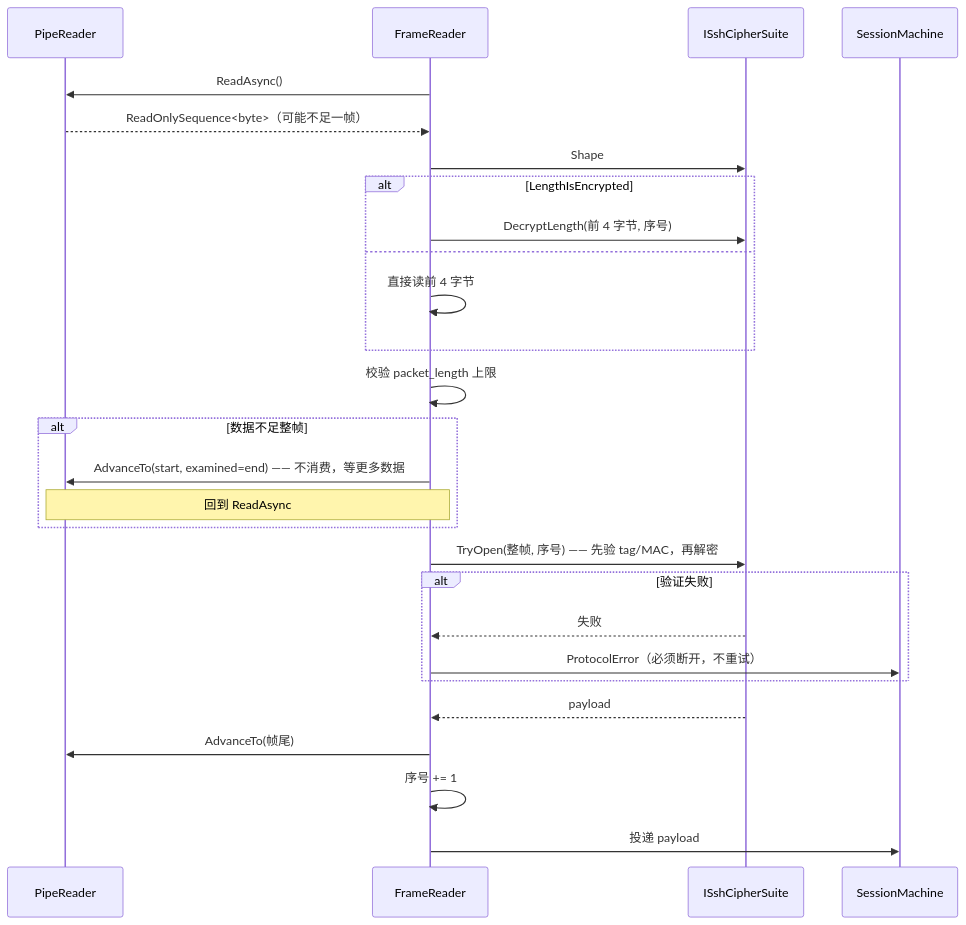
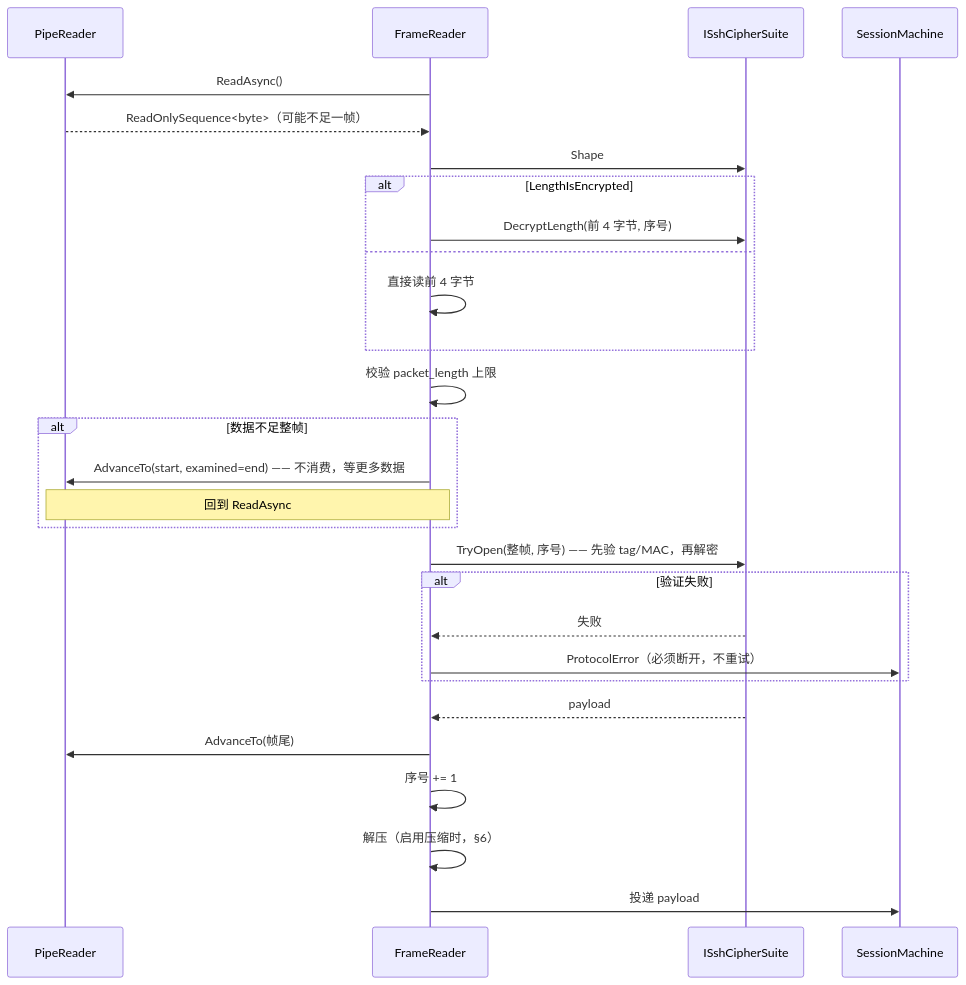
The first of 2 diagrams in zh/ssh/spec/01-transport-framing.md (VelaShellLabs/velashell-docs), drawn with Mermaid before and after one commit. The commit also changed other lines of this file and 19 other files, not shown here.

````diff
--- a/zh/ssh/spec/01-transport-framing.md
+++ b/zh/ssh/spec/01-transport-framing.md
@@ -177,30 +180,31 @@
 ```mermaid
 sequenceDiagram
     participant P as PipeReader
     participant F as FrameReader
     participant C as ISshCipherSuite
     participant S as SessionMachine
 
     F->>P: ReadAsync()
     P-->>F: ReadOnlySequence<byte>（可能不足一帧）
     F->>C: Shape
     alt LengthIsEncrypted
         F->>C: DecryptLength(前 4 字节, 序号)
     else
         F->>F: 直接读前 4 字节
     end
     F->>F: 校验 packet_length 上限
     alt 数据不足整帧
         F->>P: AdvanceTo(start, examined=end) —— 不消费，等更多数据
         Note over F,P: 回到 ReadAsync
     end
     F->>C: TryOpen(整帧, 序号) —— 先验 tag/MAC，再解密
     alt 验证失败
         C-->>F: 失败
         F->>S: ProtocolError（必须断开，不重试）
     end
     C-->>F: payload
     F->>P: AdvanceTo(帧尾)
     F->>F: 序号 += 1
+    F->>F: 解压（启用压缩时，§6）
     F->>S: 投递 payload
 ```
````
